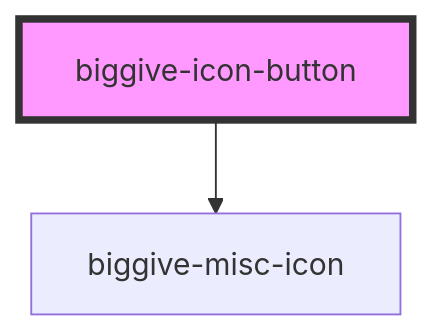
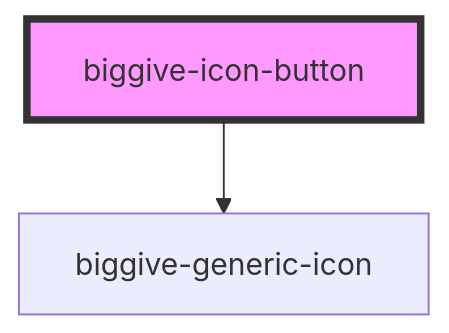
The diagram in src/components/biggive-icon-button/readme.md (thebiggive/donate-frontend), drawn with Mermaid before and after one commit. The commit also changed other lines of this file and 16 other files, not shown here.

````diff
--- a/src/components/biggive-icon-button/readme.md
+++ b/src/components/biggive-icon-button/readme.md
@@ -44,5 +45,5 @@
 ```mermaid
 graph TD;
-  biggive-icon-button --> biggive-misc-icon
+  biggive-icon-button --> biggive-generic-icon
   style biggive-icon-button fill:#f9f,stroke:#333,stroke-width:4px
 ```
````
